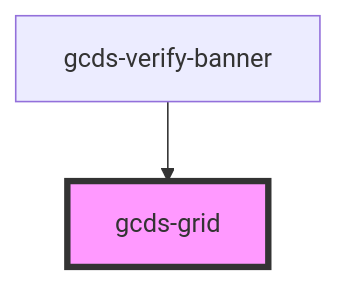
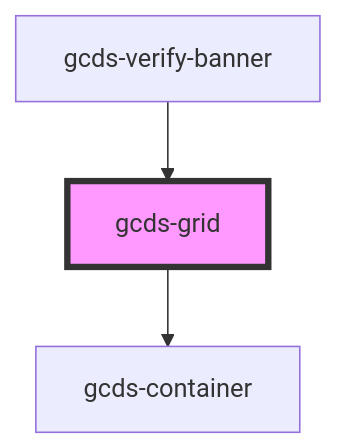
The diagram in packages/web/src/components/gcds-grid/readme.md (cds-snc/gcds-components), drawn with Mermaid before and after one commit. The commit also changed other lines of this file and 11 other files, not shown here.

Commit message:
add gcds-container component + integrate it into other components

````diff
--- a/packages/web/src/components/gcds-grid/readme.md
+++ b/packages/web/src/components/gcds-grid/readme.md
@@ -34,5 +39,6 @@
 ```mermaid
 graph TD;
+  gcds-grid --> gcds-container
   gcds-verify-banner --> gcds-grid
   style gcds-grid fill:#f9f,stroke:#333,stroke-width:4px
 ```
````
